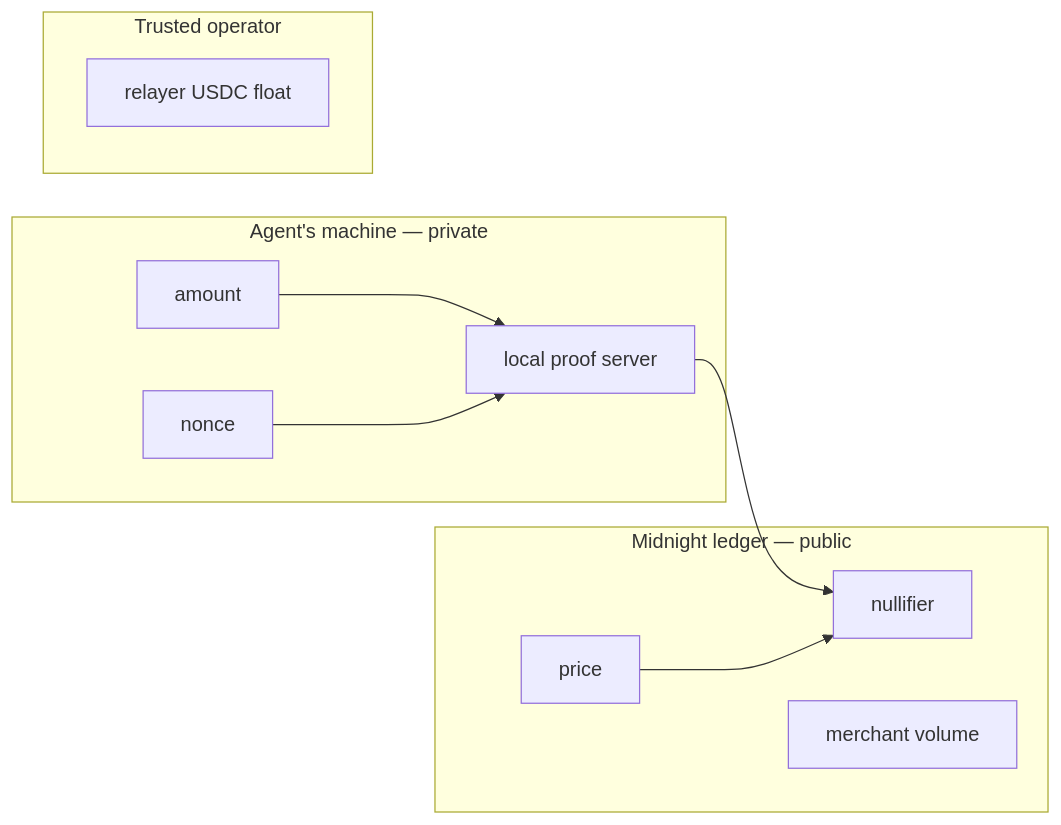
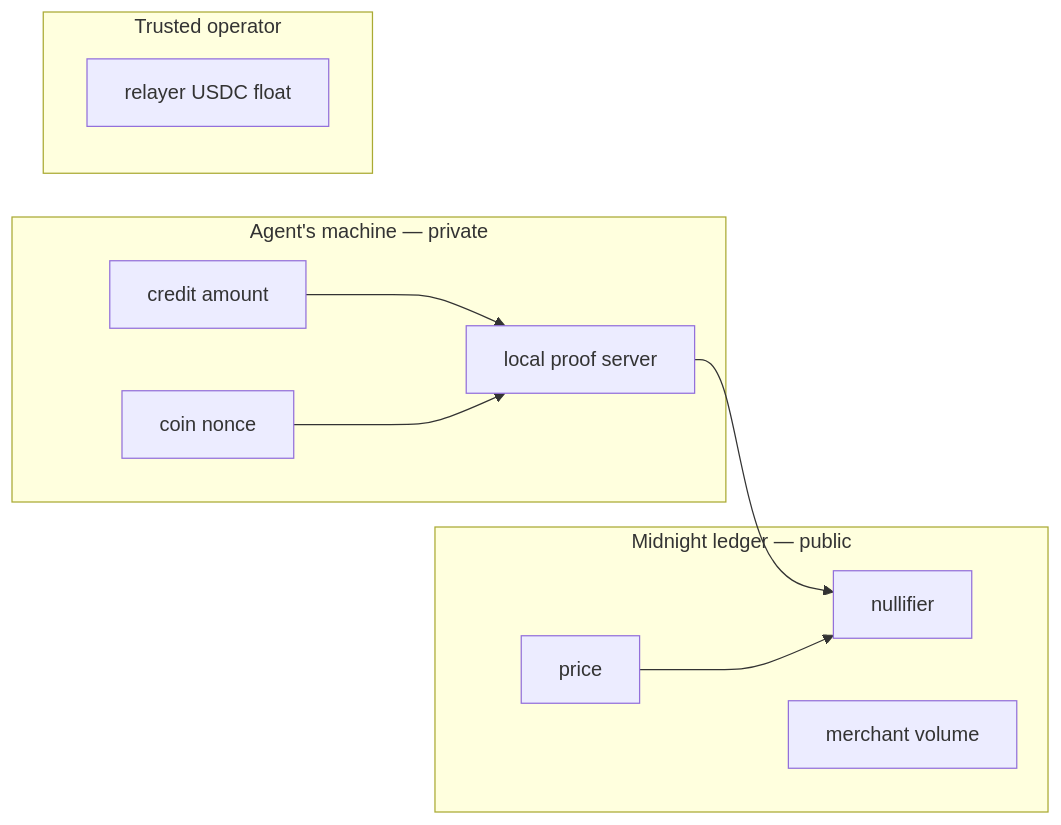
The seventh of 7 diagrams in docs/architecture/payment-flow.md (julianariel/m402), drawn with Mermaid before and after one commit. The commit also changed other lines of this file and 7 other files, not shown here.

````diff
--- a/docs/architecture/payment-flow.md
+++ b/docs/architecture/payment-flow.md
@@ -111,23 +130,23 @@
 ```mermaid
 flowchart LR
     subgraph private["Agent's machine — private"]
-        amount["amount"]
-        nonce["nonce"]
+        amount["credit amount"]
+        nonce["coin nonce"]
         prover["local proof server"]
     end
 
     subgraph chain["Midnight ledger — public"]
         nullifier["nullifier"]
         price["price"]
         volume["merchant volume"]
     end
 
     subgraph trusted["Trusted operator"]
         relayer["relayer USDC float"]
     end
 
     amount --> prover
     nonce --> prover
     prover --> nullifier
     price --> nullifier
 ```
````
